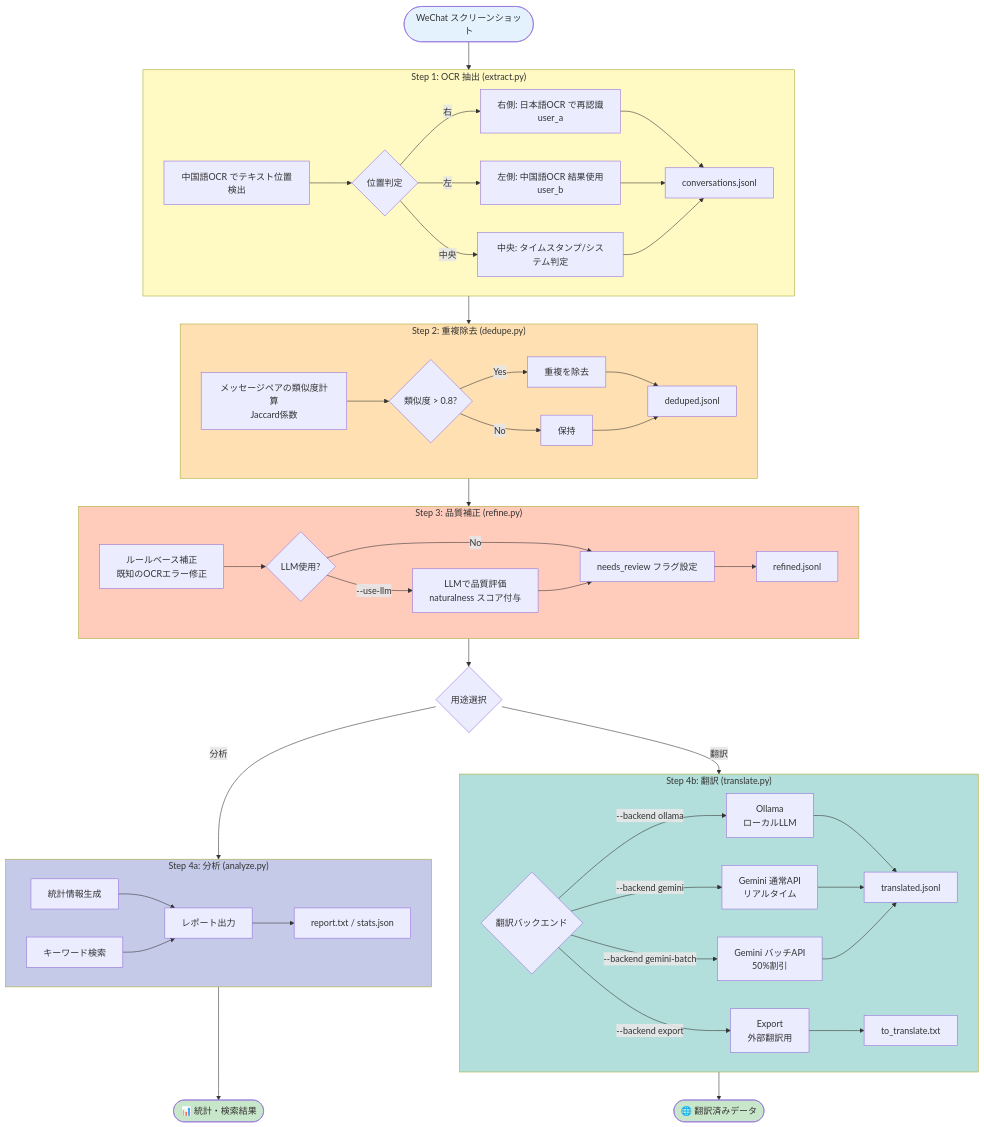
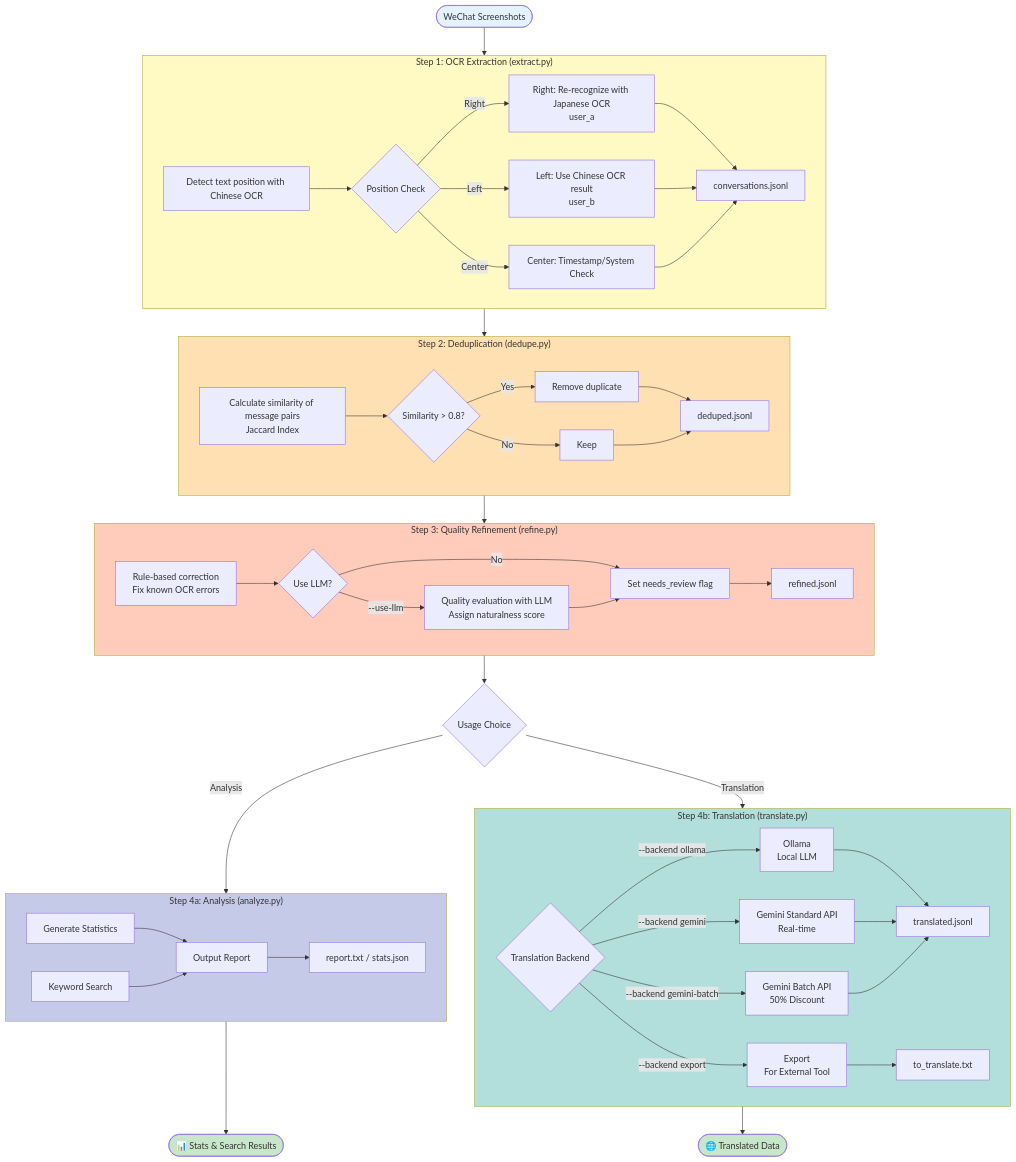
The second of 2 diagrams in README.md (pochy/chat-screenshot-parser), drawn with Mermaid before and after one commit. The commit also changed other lines of this file and 1 other file, not shown here.

````diff
--- a/README.md
+++ b/README.md
@@ -108,17 +110,17 @@
 ```mermaid
 flowchart TD
-    Start([WeChat スクリーンショット]) --> Extract
+    Start([WeChat Screenshots]) --> Extract
 
-    subgraph Extract["Step 1: OCR 抽出 (extract.py)"]
-        E1[中国語OCR でテキスト位置検出]
-        E2{位置判定}
-        E3[右側: 日本語OCR で再認識<br/>user_a]
-        E4[左側: 中国語OCR 結果使用<br/>user_b]
-        E5[中央: タイムスタンプ/システム判定]
+    subgraph Extract["Step 1: OCR Extraction (extract.py)"]
+        E1[Detect text position with Chinese OCR]
+        E2{Position Check}
+        E3[Right: Re-recognize with Japanese OCR<br/>user_a]
+        E4[Left: Use Chinese OCR result<br/>user_b]
+        E5[Center: Timestamp/System Check]
         E1 --> E2
-        E2 -->|右| E3
-        E2 -->|左| E4
-        E2 -->|中央| E5
+        E2 -->|Right| E3
+        E2 -->|Left| E4
+        E2 -->|Center| E5
         E3 --> E6[conversations.jsonl]
         E4 --> E6
         E5 --> E6
@@ -126,24 +128,24 @@
 
     Extract --> Dedupe
 
-    subgraph Dedupe["Step 2: 重複除去 (dedupe.py)"]
-        D1[メッセージペアの類似度計算<br/>Jaccard係数]
-        D2{類似度 > 0.8?}
-        D3[重複を除去]
+    subgraph Dedupe["Step 2: Deduplication (dedupe.py)"]
+        D1[Calculate similarity of message pairs<br/>Jaccard Index]
+        D2{Similarity > 0.8?}
+        D3[Remove duplicate]
         D1 --> D2
         D2 -->|Yes| D3
-        D2 -->|No| D4[保持]
+        D2 -->|No| D4[Keep]
         D3 --> D5[deduped.jsonl]
         D4 --> D5
     end
 
     Dedupe --> Refine
 
-    subgraph Refine["Step 3: 品質補正 (refine.py)"]
-        R1[ルールベース補正<br/>既知のOCRエラー修正]
-        R2{LLM使用?}
-        R3[LLMで品質評価<br/>naturalness スコア付与]
-        R4[needs_review フラグ設定]
+    subgraph Refine["Step 3: Quality Refinement (refine.py)"]
+        R1[Rule-based correction<br/>Fix known OCR errors]
+        R2{Use LLM?}
+        R3[Quality evaluation with LLM<br/>Assign naturalness score]
+        R4[Set needs_review flag]
         R1 --> R2
         R2 -->|--use-llm| R3
         R2 -->|No| R4
@@ -151,23 +153,23 @@
         R4 --> R5[refined.jsonl]
     end
 
-    Refine --> Branch{用途選択}
+    Refine --> Branch{Usage Choice}
 
-    subgraph Analyze["Step 4a: 分析 (analyze.py)"]
-        A1[統計情報生成]
-        A2[キーワード検索]
-        A3[レポート出力]
+    subgraph Analyze["Step 4a: Analysis (analyze.py)"]
+        A1[Generate Statistics]
+        A2[Keyword Search]
+        A3[Output Report]
         A1 --> A3
         A2 --> A3
         A3 --> A4[report.txt / stats.json]
     end
 
-    subgraph Translate["Step 4b: 翻訳 (translate.py)"]
-        T1{翻訳バックエンド}
-        T2[Ollama<br/>ローカルLLM]
-        T3[Gemini 通常API<br/>リアルタイム]
-        T3B[Gemini バッチAPI<br/>50%割引]
-        T4[Export<br/>外部翻訳用]
+    subgraph Translate["Step 4b: Translation (translate.py)"]
+        T1{Translation Backend}
+        T2[Ollama<br/>Local LLM]
+        T3[Gemini Standard API<br/>Real-time]
+        T3B[Gemini Batch API<br/>50% Discount]
+        T4[Export<br/>For External Tool]
         T1 -->|--backend ollama| T2
         T1 -->|--backend gemini| T3
         T1 -->|--backend gemini-batch| T3B
@@ -178,11 +180,11 @@
         T4 --> T6[to_translate.txt]
     end
 
-    Branch -->|分析| Analyze
-    Branch -->|翻訳| Translate
+    Branch -->|Analysis| Analyze
+    Branch -->|Translation| Translate
 
-    Analyze --> End1([📊 統計・検索結果])
-    Translate --> End2([🌐 翻訳済みデータ])
+    Analyze --> End1([📊 Stats & Search Results])
+    Translate --> End2([🌐 Translated Data])
 
     style Start fill:#e3f2fd
     style End1 fill:#c8e6c9
````
